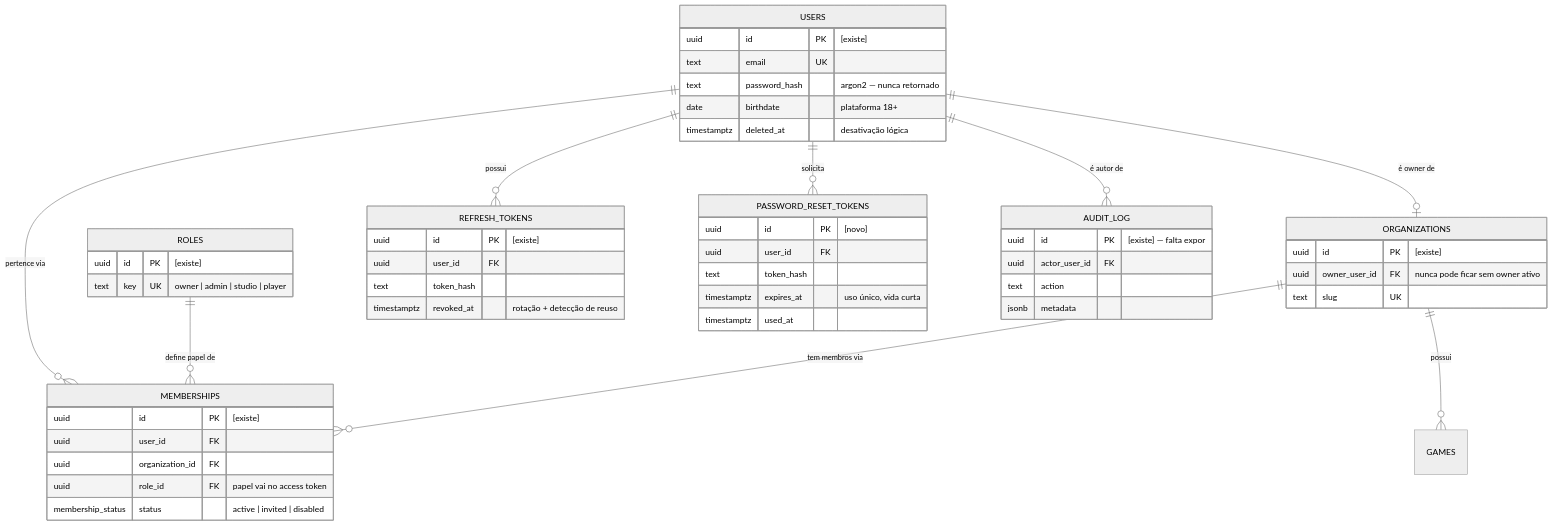
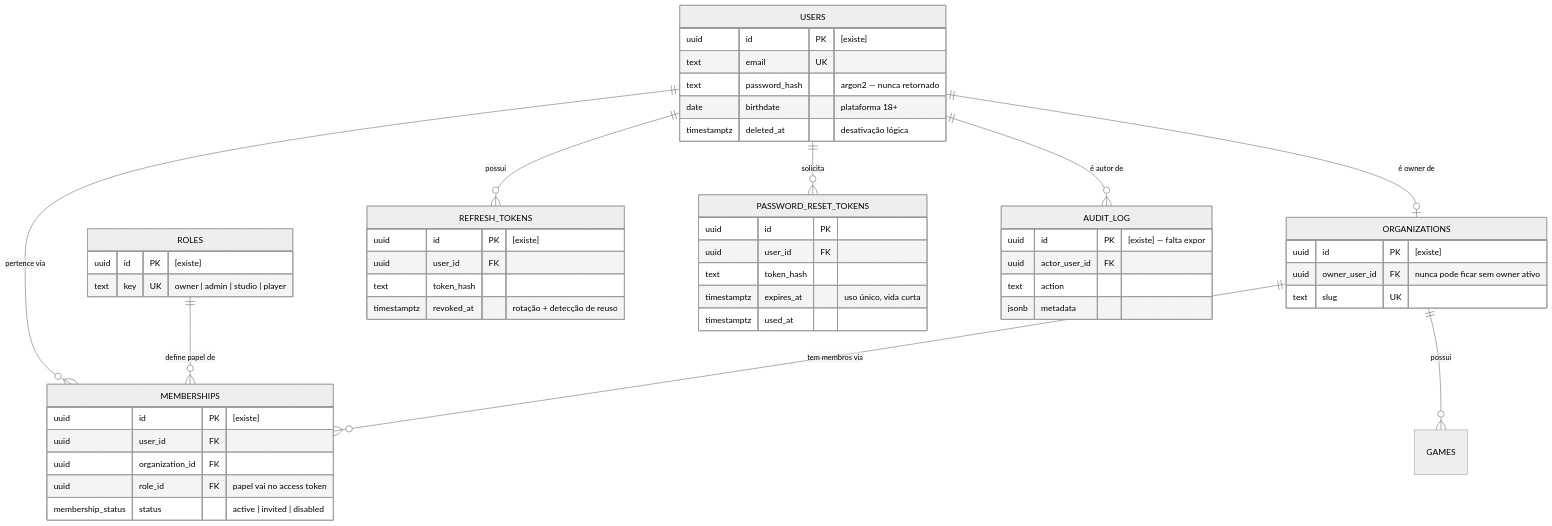
One commit to EricMariano/orbitplay-api changed the second of 7 diagrams in docs/DER.md. Above: the diagram before and after it, drawn with Mermaid (neutral theme). The commit also changed other lines of this file and 31 other files, not shown here.

````diff
--- a/docs/DER.md
+++ b/docs/DER.md
@@ -76,54 +76,54 @@
 ```mermaid
 erDiagram
     USERS ||--o{ MEMBERSHIPS : "pertence via"
     ORGANIZATIONS ||--o{ MEMBERSHIPS : "tem membros via"
     ROLES ||--o{ MEMBERSHIPS : "define papel de"
     USERS ||--o{ REFRESH_TOKENS : "possui"
     USERS ||--o{ PASSWORD_RESET_TOKENS : "solicita"
     USERS ||--o{ AUDIT_LOG : "é autor de"
     ORGANIZATIONS ||--o{ GAMES : "possui"
     USERS ||--o| ORGANIZATIONS : "é owner de"
 
     USERS {
         uuid id PK "[existe]"
         text email UK
         text password_hash "argon2 — nunca retornado"
         date birthdate "plataforma 18+"
         timestamptz deleted_at "desativação lógica"
     }
     ORGANIZATIONS {
         uuid id PK "[existe]"
         uuid owner_user_id FK "nunca pode ficar sem owner ativo"
         text slug UK
     }
     MEMBERSHIPS {
         uuid id PK "[existe]"
         uuid user_id FK
         uuid organization_id FK
         uuid role_id FK "papel vai no access token"
         membership_status status "active | invited | disabled"
     }
     ROLES {
         uuid id PK "[existe]"
         text key UK "owner | admin | studio | player"
     }
     REFRESH_TOKENS {
         uuid id PK "[existe]"
         uuid user_id FK
         text token_hash
         timestamptz revoked_at "rotação + detecção de reuso"
     }
     PASSWORD_RESET_TOKENS {
-        uuid id PK "[novo]"
+        uuid id PK
         uuid user_id FK
         text token_hash
         timestamptz expires_at "uso único, vida curta"
         timestamptz used_at
     }
     AUDIT_LOG {
         uuid id PK "[existe] — falta expor"
         uuid actor_user_id FK
         text action
         jsonb metadata
     }
 ```
````
